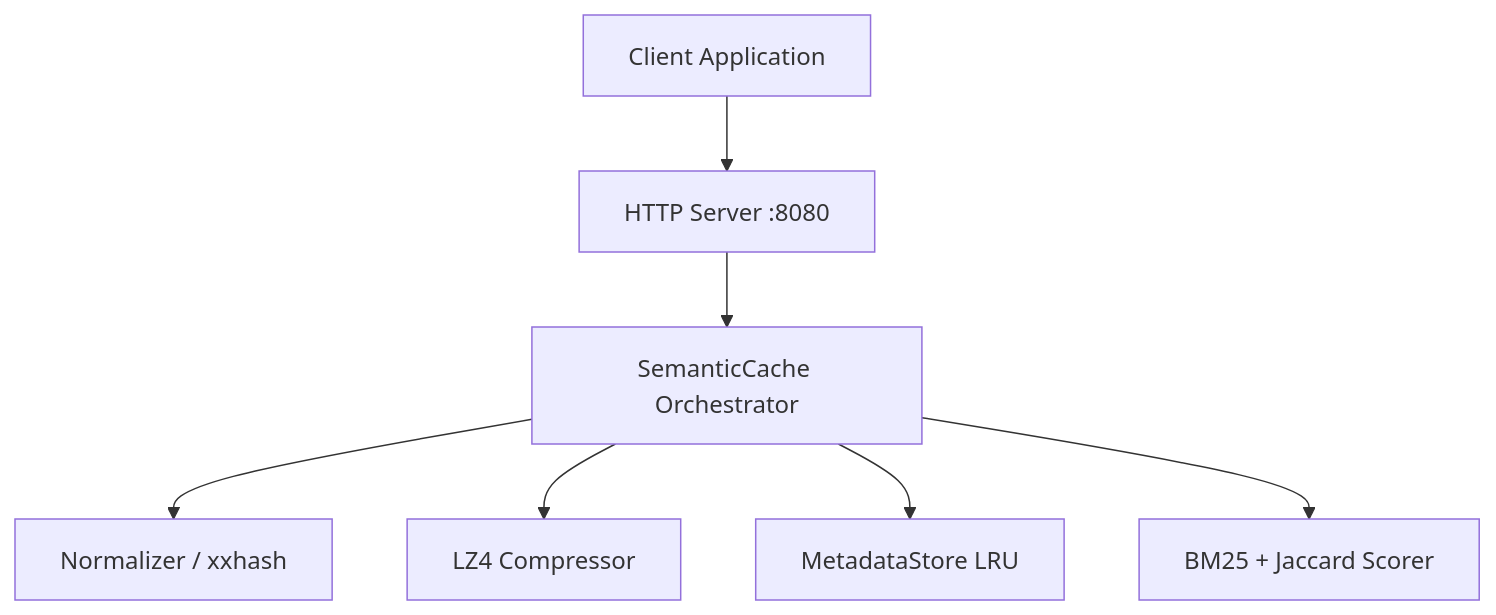
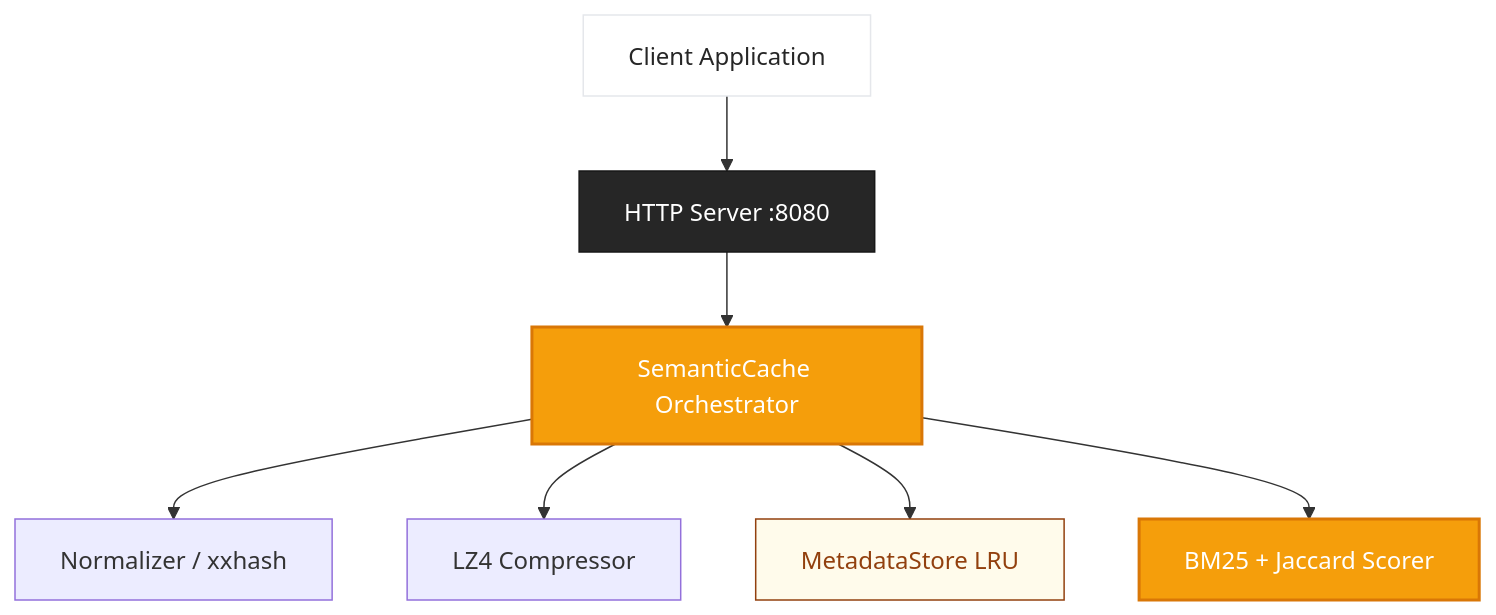
One commit to EricNguyen1206/erionn-ember changed the diagram in docs/ARCHITECTURE.md. Above: the diagram before and after it, drawn with Mermaid. The commit also changed other lines of this file and 9 other files, not shown here.

````diff
--- a/docs/ARCHITECTURE.md
+++ b/docs/ARCHITECTURE.md
@@ -14,9 +16,15 @@
 ```mermaid
 graph TD
     Client[Client Application] --> Server[HTTP Server :8080]
     Server --> Cache[SemanticCache Orchestrator]
     Cache --> Norm[Normalizer / xxhash]
     Cache --> Comp[LZ4 Compressor]
     Cache --> Store[MetadataStore LRU]
     Cache --> Scorer[BM25 + Jaccard Scorer]
+
+    style Cache fill:#f59e0b,stroke:#d97706,stroke-width:2px,color:#fff
+    style Scorer fill:#f59e0b,stroke:#d97706,stroke-width:2px,color:#fff
+    style Server fill:#262626,stroke:#171717,color:#fff
+    style Client fill:#fff,stroke:#e5e7eb,color:#262626
+    style Store fill:#fffbeb,stroke:#92400e,color:#92400e
 ```
````
